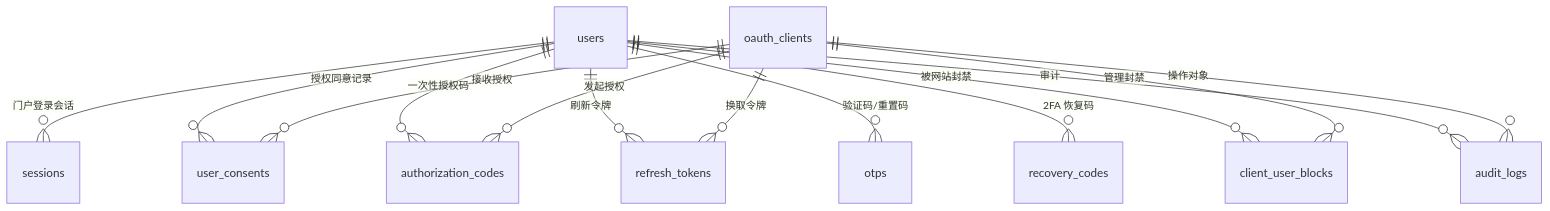
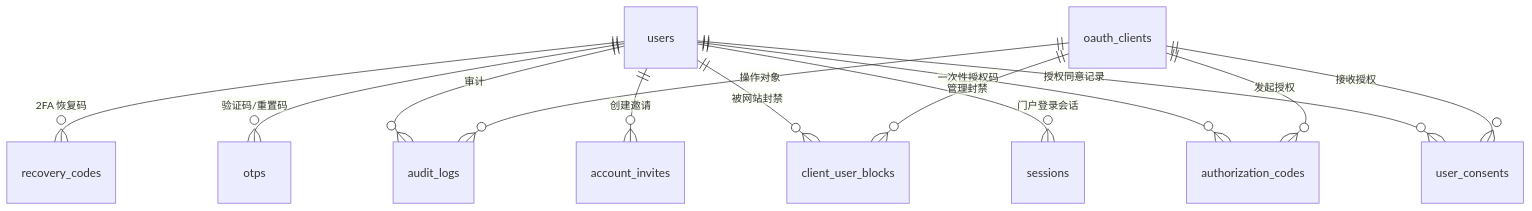
Before and after one commit to Lzf07123/Li-Pass: the second of 2 diagrams in docs/superpowers/specs/2026-08-12-unified-login-portal-design.md, drawn with Mermaid. The commit also changed other lines of this file and 21 other files, not shown here.

First line of the commit message:
feat: 自定义网站与备案图标改为 WebP 并品牌变量化

````diff
--- a/docs/superpowers/specs/2026-08-12-unified-login-portal-design.md
+++ b/docs/superpowers/specs/2026-08-12-unified-login-portal-design.md
@@ -182,16 +187,15 @@
 ```mermaid
 erDiagram
     users ||--o{ sessions : "门户登录会话"
     users ||--o{ user_consents : "授权同意记录"
     users ||--o{ authorization_codes : "一次性授权码"
-    users ||--o{ refresh_tokens : "刷新令牌"
+    users ||--o{ account_invites : "创建邀请"
     users ||--o{ otps : "验证码/重置码"
     users ||--o{ recovery_codes : "2FA 恢复码"
     users ||--o{ client_user_blocks : "被网站封禁"
     users ||--o{ audit_logs : "审计"
     oauth_clients ||--o{ user_consents : "接收授权"
     oauth_clients ||--o{ authorization_codes : "发起授权"
-    oauth_clients ||--o{ refresh_tokens : "换取令牌"
     oauth_clients ||--o{ client_user_blocks : "管理封禁"
     oauth_clients ||--o{ audit_logs : "操作对象"
 ```
````
